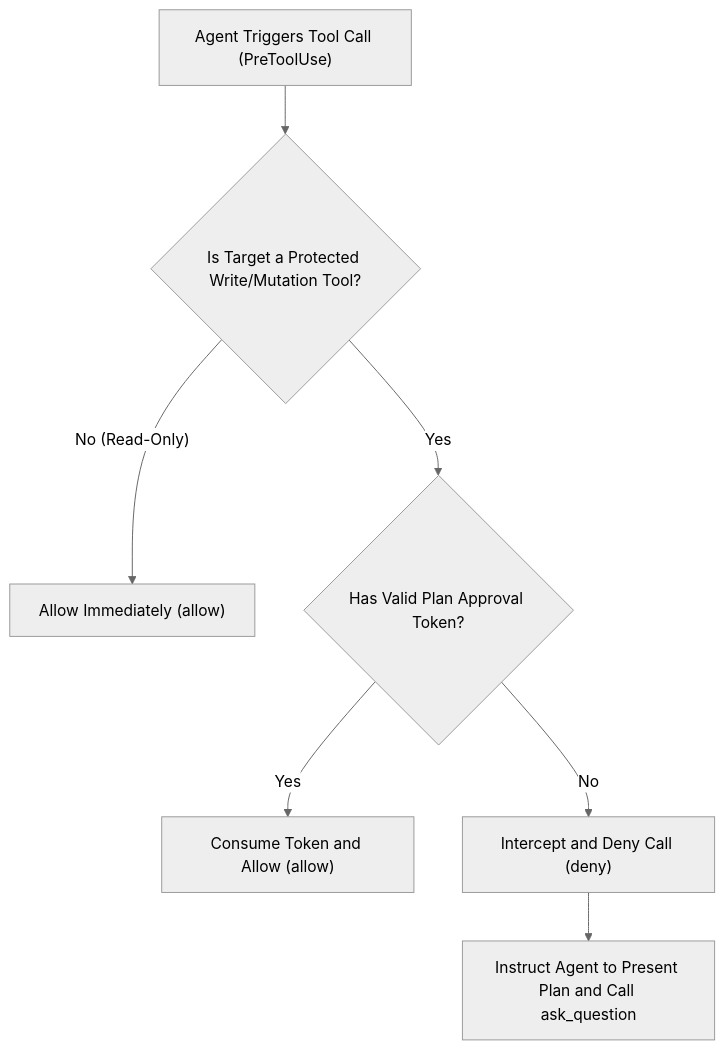
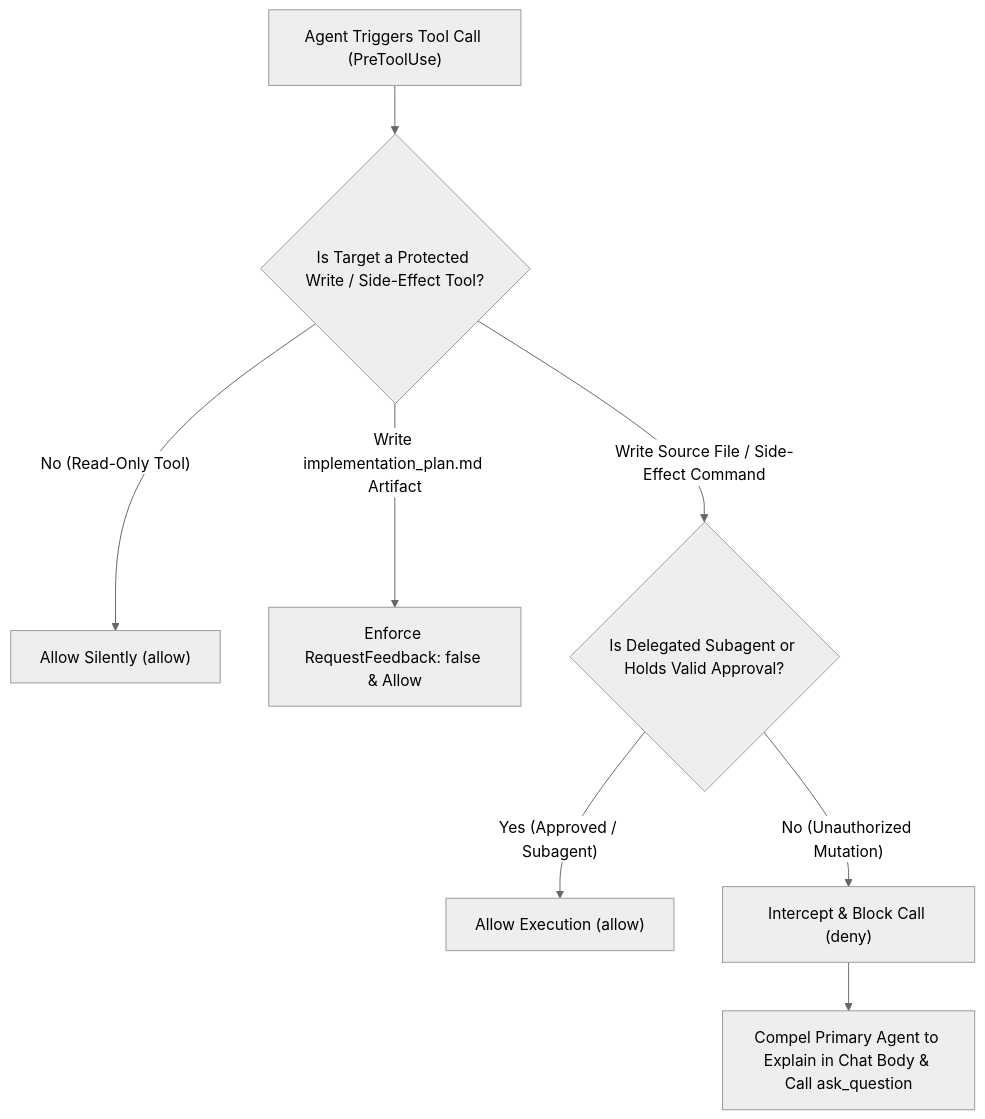
Before and after one commit to ToruOlenyeva/antigravity-plan-guard: the diagram in README.en.md, drawn with Mermaid (neutral theme). The commit also changed other lines of this file and 1 other file, not shown here.

Commit message:
docs(readme): 更新门禁系统文档说明 / Update plan guard documentation

````diff
--- a/README.en.md
+++ b/README.en.md
@@ -97,9 +35,10 @@
 ```mermaid
 flowchart TD
-    A["Agent Triggers Tool Call (PreToolUse)"] --> B{"Is Target a Protected Write/Mutation Tool?"}
-    B -- No (Read-Only) --> C["Allow Immediately (allow)"]
-    B -- Yes --> D{"Has Valid Plan Approval Token?"}
-    D -- Yes --> E["Consume Token and Allow (allow)"]
-    D -- No --> F["Intercept and Deny Call (deny)"]
-    F --> G["Instruct Agent to Present Plan and Call ask_question"]
+    A["Agent Triggers Tool Call (PreToolUse)"] --> B{"Is Target a Protected Write / Side-Effect Tool?"}
+    B -- "No (Read-Only Tool)" --> C["Allow Silently (allow)"]
+    B -- "Write implementation_plan.md Artifact" --> D["Enforce RequestFeedback: false & Allow"]
+    B -- "Write Source File / Side-Effect Command" --> E{"Is Delegated Subagent or Holds Valid Approval?"}
+    E -- "Yes (Approved / Subagent)" --> F["Allow Execution (allow)"]
+    E -- "No (Unauthorized Mutation)" --> G["Intercept & Block Call (deny)"]
+    G --> H["Compel Primary Agent to Explain in Chat Body & Call ask_question"]
 ```
````
